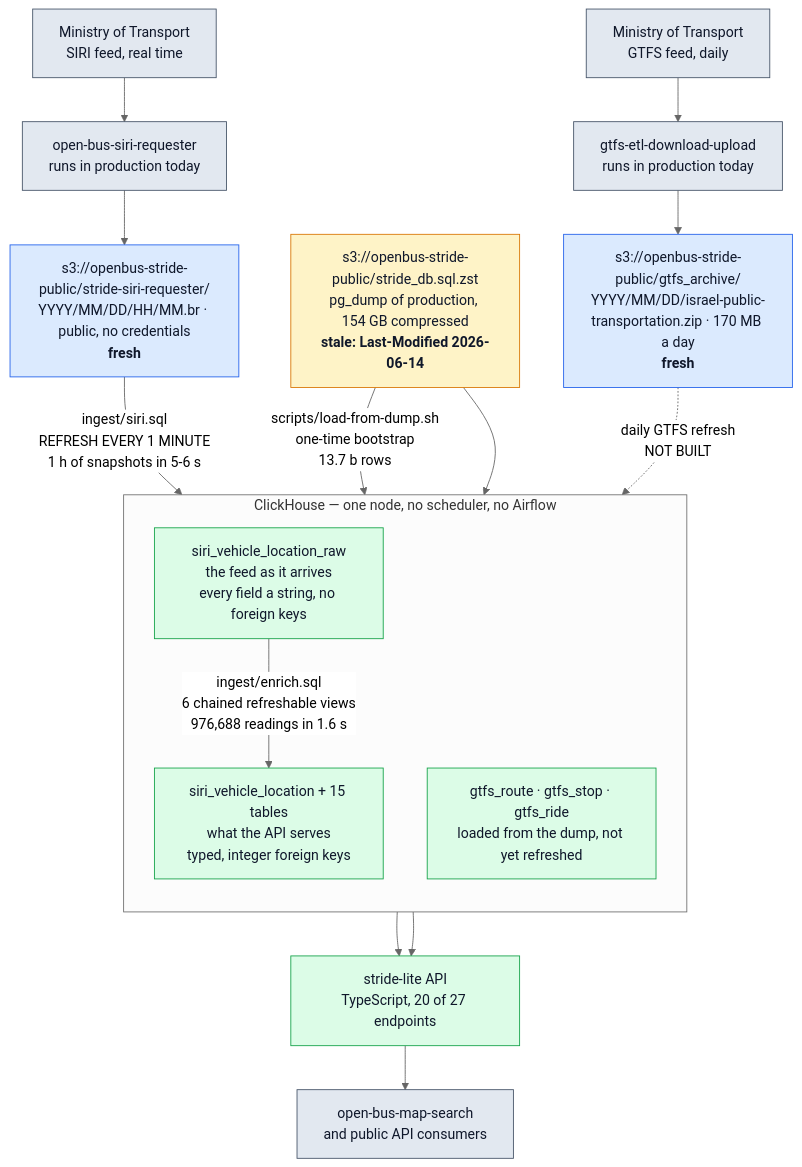
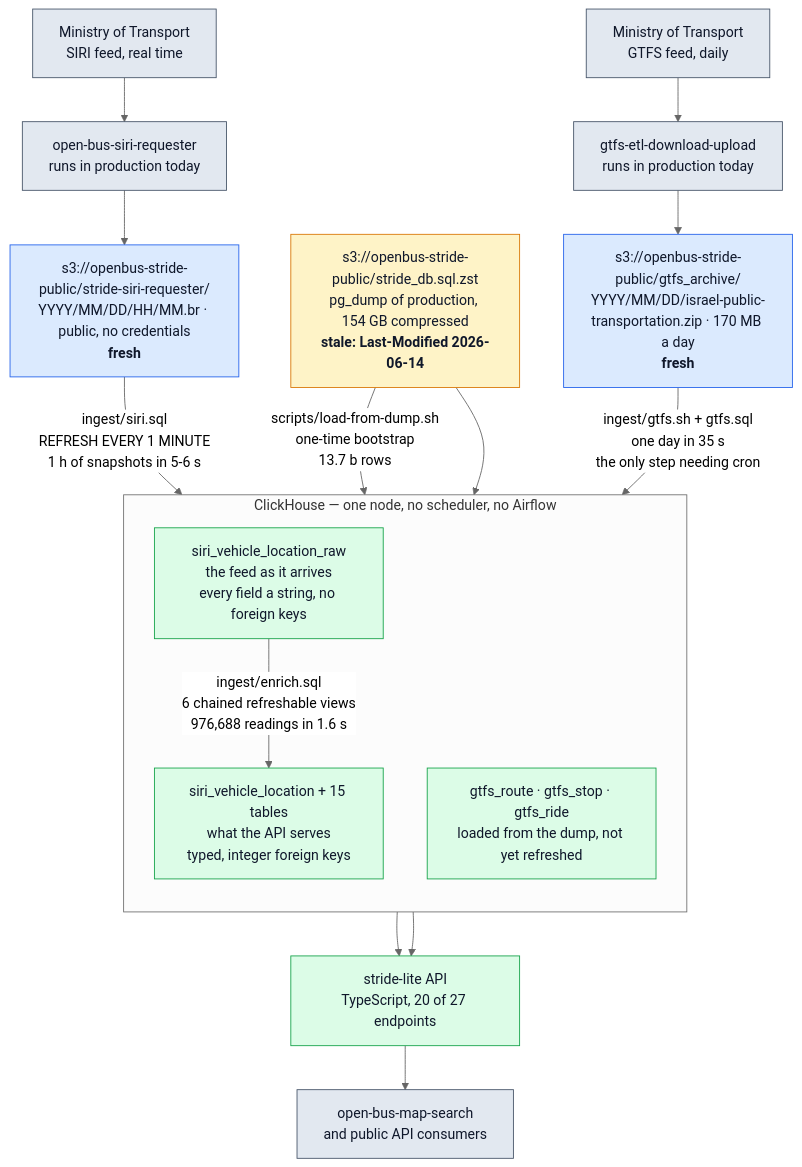
The diagram in README.he.md (NoamGaash/stride-lite), drawn with Mermaid (neutral theme) before and after one commit. The commit also changed other lines of this file and 8 other files, not shown here.

First line of the commit message:
feat(gtfs): the daily feed, and the last gap in the pipeline

````diff
--- a/README.he.md
+++ b/README.he.md
@@ -195,41 +195,41 @@
 ```mermaid
 flowchart TB
     MOT["Ministry of Transport<br/>SIRI feed, real time"]
     MOTG["Ministry of Transport<br/>GTFS feed, daily"]
 
     MOT --> REQ["open-bus-siri-requester<br/>runs in production today"]
     MOTG --> REQG["gtfs-etl-download-upload<br/>runs in production today"]
 
     REQ --> S3S["s3://openbus-stride-public/stride-siri-requester/<br/>YYYY/MM/DD/HH/MM.br &middot; public, no credentials<br/><b>fresh</b>"]
     REQG --> S3G["s3://openbus-stride-public/gtfs_archive/<br/>YYYY/MM/DD/israel-public-transportation.zip &middot; 170 MB a day<br/><b>fresh</b>"]
 
     DUMP["s3://openbus-stride-public/stride_db.sql.zst<br/>pg_dump of production, 154 GB compressed<br/><b>stale: Last-Modified 2026-06-14</b>"]
 
     subgraph CH["ClickHouse &mdash; one node, no scheduler, no Airflow"]
         direction TB
         RAW["siri_vehicle_location_raw<br/>the feed as it arrives<br/>every field a string, no foreign keys"]
         TYPED["siri_vehicle_location + 15 tables<br/>what the API serves<br/>typed, integer foreign keys"]
         GTFS["gtfs_route &middot; gtfs_stop &middot; gtfs_ride<br/>loaded from the dump, not yet refreshed"]
     end
 
     S3S -->|"ingest/siri.sql<br/>REFRESH EVERY 1 MINUTE<br/>1 h of snapshots in 5-6 s"| RAW
     DUMP -->|"scripts/load-from-dump.sh<br/>one-time bootstrap<br/>13.7 b rows"| TYPED
     DUMP --> GTFS
-    S3G -.->|"daily GTFS refresh<br/>NOT BUILT"| GTFS
+    S3G -->|"ingest/gtfs.sh + gtfs.sql<br/>one day in 35 s<br/>the only step needing cron"| GTFS
     RAW -->|"ingest/enrich.sql<br/>6 chained refreshable views<br/>976,688 readings in 1.6 s"| TYPED
 
     TYPED --> API["stride-lite API<br/>TypeScript, 20 of 27 endpoints"]
     GTFS --> API
     API --> FE["open-bus-map-search<br/>and public API consumers"]
 
     classDef ext fill:#e2e8f0,stroke:#475569,color:#0f172a
     classDef live fill:#dbeafe,stroke:#2563eb,color:#0f172a
     classDef stale fill:#fef3c7,stroke:#d97706,color:#0f172a
     classDef done fill:#dcfce7,stroke:#16a34a,color:#0f172a
     classDef todo fill:#fee2e2,stroke:#dc2626,color:#0f172a
 
     class MOT,MOTG,REQ,REQG,FE ext
     class S3S,S3G live
     class DUMP stale
     class RAW,TYPED,GTFS,API done
 ```
````
